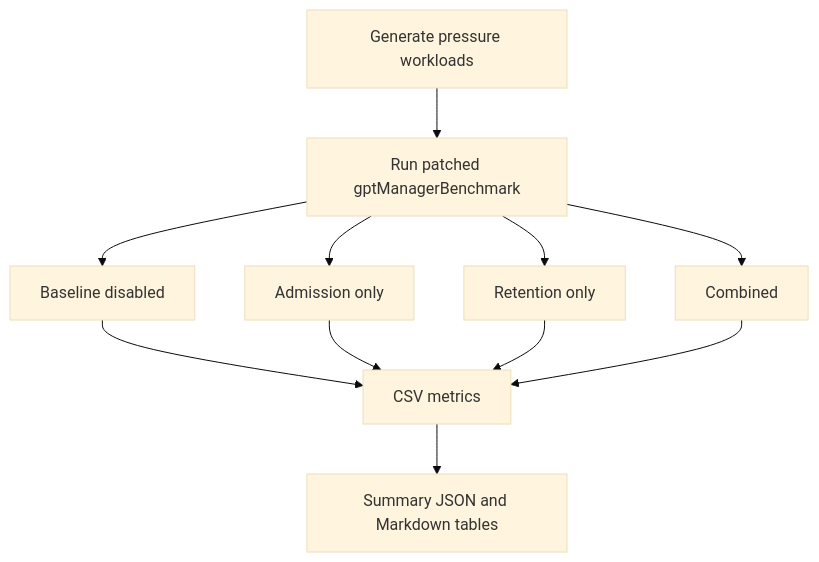
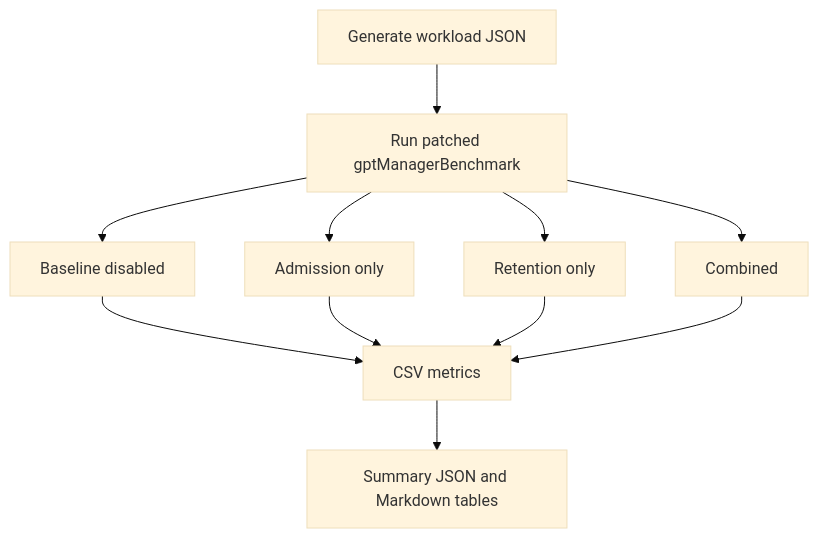
One commit to LongWeihan/trtllm-moe-kv-scheduler changed the second of 2 diagrams in README.md. Above: the diagram before and after it, drawn with Mermaid (base theme). The commit also changed other lines of this file, not shown here.

Commit message:
Clarify README architecture and benchmark interpretation

````diff
--- a/README.md
+++ b/README.md
@@ -146,13 +229,13 @@
 ```mermaid
 flowchart TB
-    A[Generate pressure workloads] --> B[Run patched gptManagerBenchmark]
+    A[Generate workload JSON] --> B[Run patched gptManagerBenchmark]
     B --> C[Baseline disabled]
     B --> D[Admission only]
     B --> E[Retention only]
     B --> F[Combined]
     C --> G[CSV metrics]
     D --> G
     E --> G
     F --> G
     G --> H[Summary JSON and Markdown tables]
 ```
````
